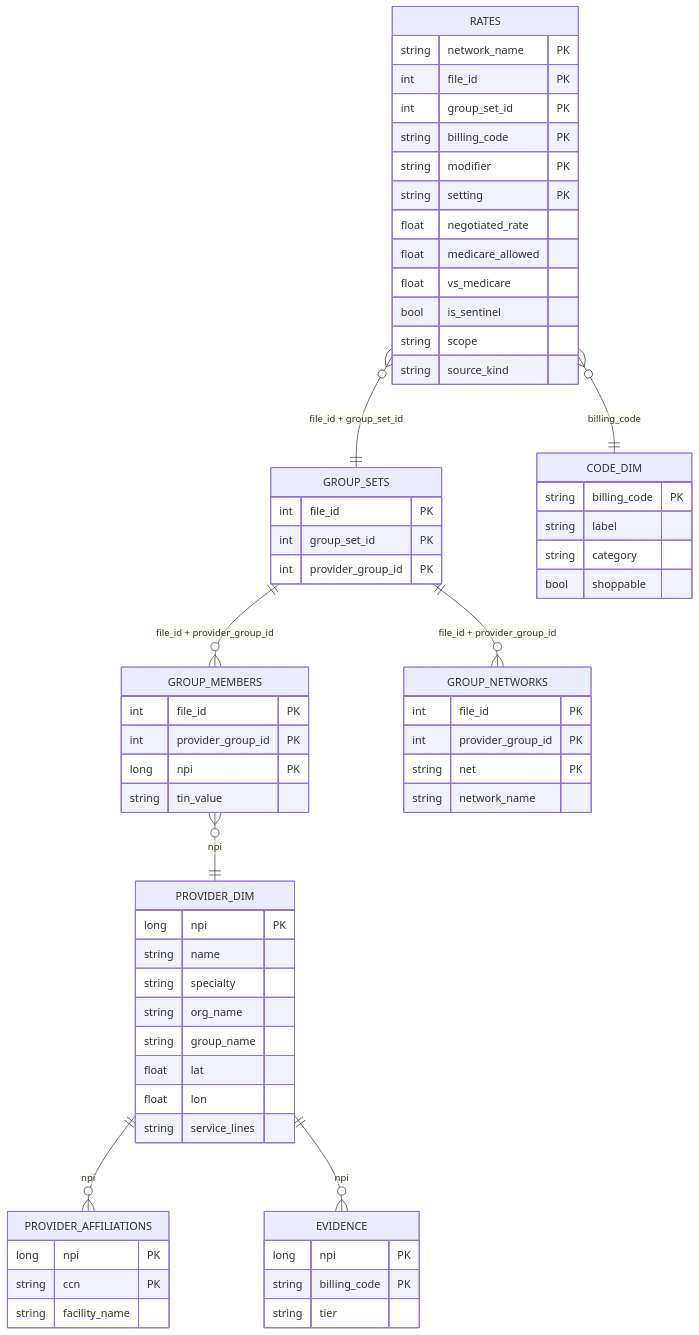
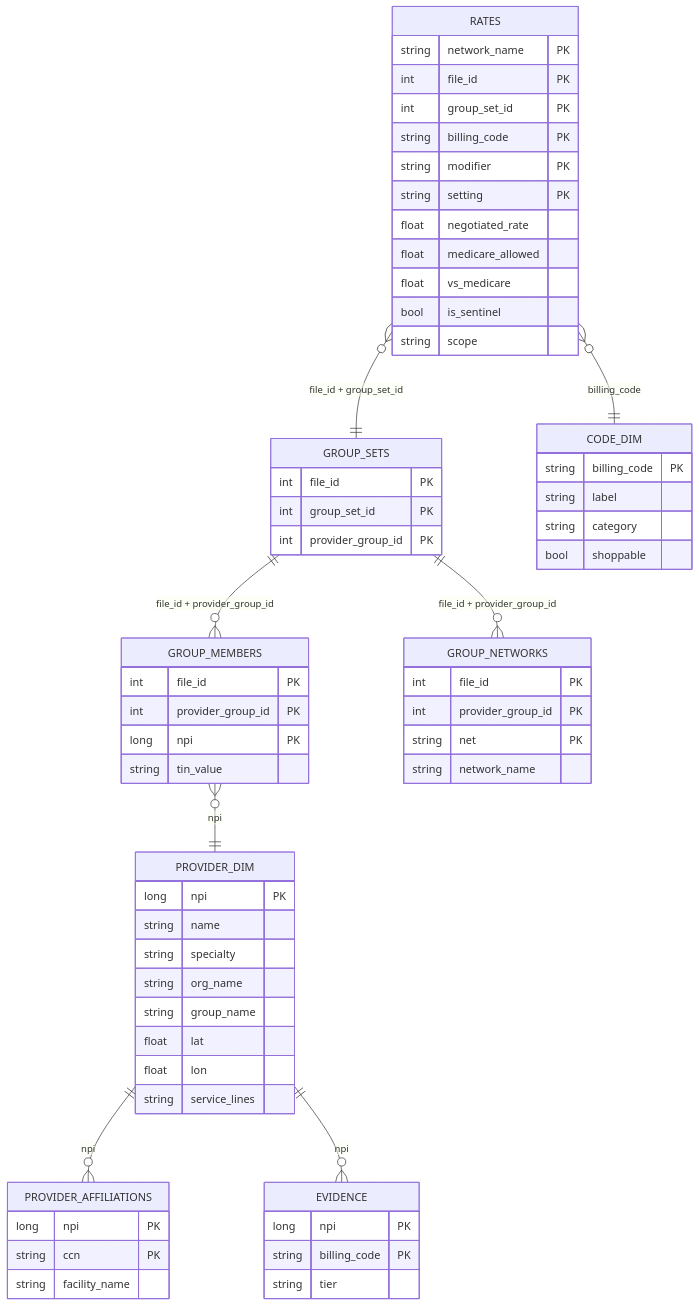
The second of 3 diagrams in docs/architecture.md (wmespi/honest-healthcare), drawn with Mermaid before and after one commit. The commit also changed other lines of this file and 24 other files, not shown here.

````diff
--- a/docs/architecture.md
+++ b/docs/architecture.md
@@ -58,67 +58,66 @@
 ```mermaid
 erDiagram
   RATES }o--|| GROUP_SETS : "file_id + group_set_id"
   GROUP_SETS ||--o{ GROUP_MEMBERS : "file_id + provider_group_id"
   GROUP_SETS ||--o{ GROUP_NETWORKS : "file_id + provider_group_id"
   GROUP_MEMBERS }o--|| PROVIDER_DIM : npi
   PROVIDER_DIM ||--o{ PROVIDER_AFFILIATIONS : npi
   RATES }o--|| CODE_DIM : billing_code
   PROVIDER_DIM ||--o{ EVIDENCE : npi
   RATES {
     string network_name PK
     int file_id PK
     int group_set_id PK
     string billing_code PK
     string modifier PK
     string setting PK
     float negotiated_rate
     float medicare_allowed
     float vs_medicare
     bool is_sentinel
     string scope
-    string source_kind
   }
   GROUP_SETS {
     int file_id PK
     int group_set_id PK
     int provider_group_id PK
   }
   GROUP_MEMBERS {
     int file_id PK
     int provider_group_id PK
     long npi PK
     string tin_value
   }
   GROUP_NETWORKS {
     int file_id PK
     int provider_group_id PK
     string net PK
     string network_name
   }
   PROVIDER_DIM {
     long npi PK
     string name
     string specialty
     string org_name
     string group_name
     float lat
     float lon
     string service_lines
   }
   PROVIDER_AFFILIATIONS {
     long npi PK
     string ccn PK
     string facility_name
   }
   CODE_DIM {
     string billing_code PK
     string label
     string category
     bool shoppable
   }
   EVIDENCE {
     long npi PK
     string billing_code PK
     string tier
   }
 ```
````
